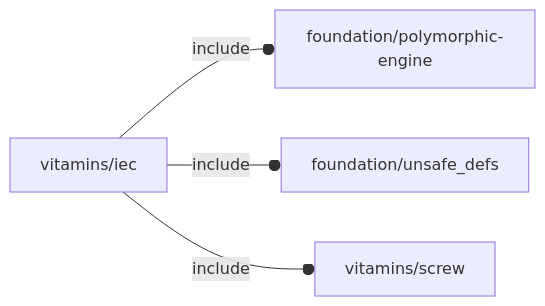
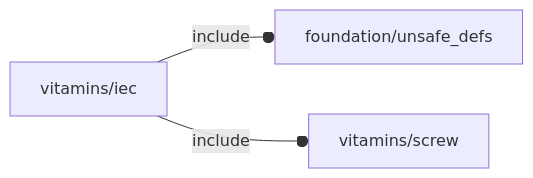
The diagram in orthodocs/vitamins/iec.md (ggabbiani/OFL), drawn with Mermaid before and after one commit. The commit also changed 69 other files, not shown here.

````diff
--- a/orthodocs/vitamins/iec.md
+++ b/orthodocs/vitamins/iec.md
@@ -5,6 +5,5 @@
 ```mermaid
 graph LR
-    A1[vitamins/iec] --o|include| A2[foundation/polymorphic-engine]
-    A1 --o|include| A3[foundation/unsafe_defs]
-    A1 --o|include| A4[vitamins/screw]
+    A1[vitamins/iec] --o|include| A2[foundation/unsafe_defs]
+    A1 --o|include| A3[vitamins/screw]
 ```
````
